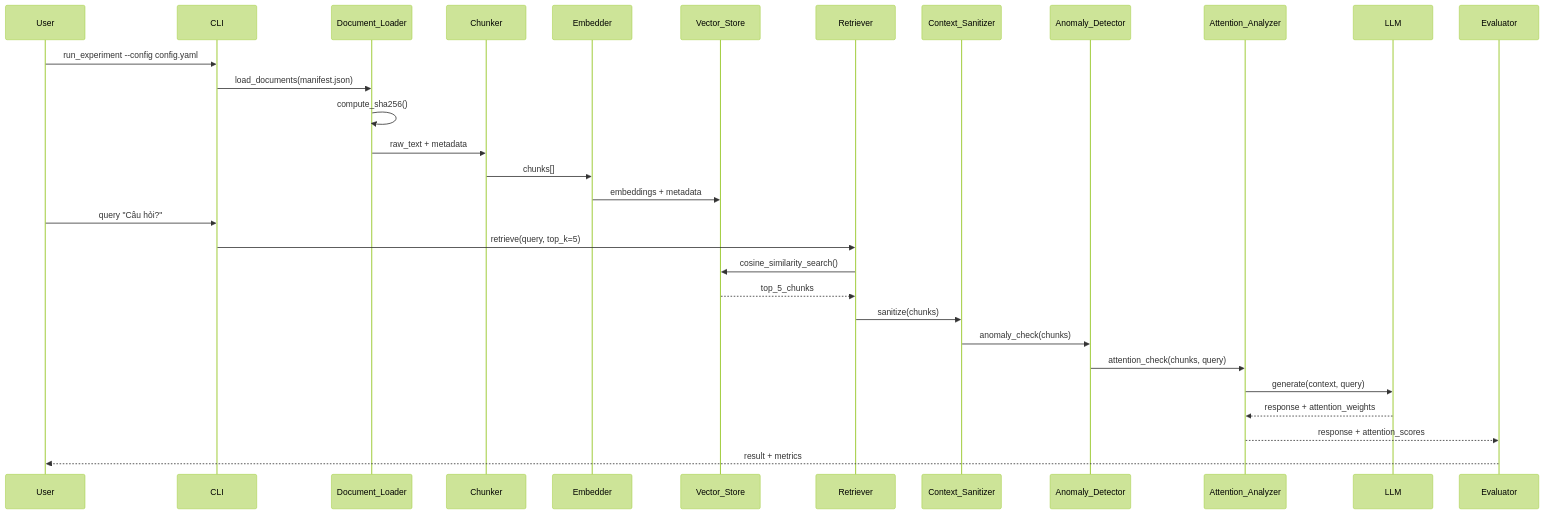
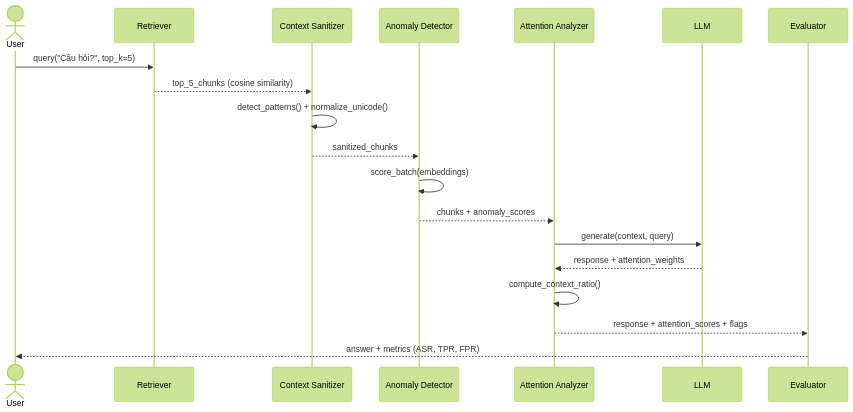
The third of 3 diagrams in .kiro/specs/rag-indirect-prompt-injection-defense/design.md (Nam-Duong427/KLTN_RAG_Prompt_Injection), drawn with Mermaid (forest theme) before and after one commit. The commit also changed other lines of this file, not shown here.

Commit message:
update diagram

````diff
--- a/.kiro/specs/rag-indirect-prompt-injection-defense/design.md
+++ b/.kiro/specs/rag-indirect-prompt-injection-defense/design.md
@@ -85,34 +111,22 @@
 ```mermaid
 sequenceDiagram
-    participant User
-    participant CLI
-    participant DL as Document_Loader
-    participant CK as Chunker
-    participant EM as Embedder
-    participant VS as Vector_Store
+    actor User
     participant RT as Retriever
-    participant CS as Context_Sanitizer
-    participant AD as Anomaly_Detector
-    participant AA as Attention_Analyzer
+    participant CS as Context Sanitizer
+    participant AD as Anomaly Detector
+    participant AA as Attention Analyzer
     participant LLM
     participant EV as Evaluator
 
-    User->>CLI: run_experiment --config config.yaml
-    CLI->>DL: load_documents(manifest.json)
-    DL->>DL: compute_sha256()
-    DL->>CK: raw_text + metadata
-    CK->>EM: chunks[]
-    EM->>VS: embeddings + metadata
-
-    User->>CLI: query "Câu hỏi?"
-    CLI->>RT: retrieve(query, top_k=5)
-    RT->>VS: cosine_similarity_search()
-    VS-->>RT: top_5_chunks
-    RT->>CS: sanitize(chunks)
-    CS->>AD: anomaly_check(chunks)
-    AD->>AA: attention_check(chunks, query)
+    User->>RT: query("Câu hỏi?", top_k=5)
+    RT-->>CS: top_5_chunks (cosine similarity)
+    CS->>CS: detect_patterns() + normalize_unicode()
+    CS-->>AD: sanitized_chunks
+    AD->>AD: score_batch(embeddings)
+    AD-->>AA: chunks + anomaly_scores
     AA->>LLM: generate(context, query)
     LLM-->>AA: response + attention_weights
-    AA-->>EV: response + attention_scores
-    EV-->>User: result + metrics
+    AA->>AA: compute_context_ratio()
+    AA-->>EV: response + attention_scores + flags
+    EV-->>User: answer + metrics (ASR, TPR, FPR)
 ```
````
